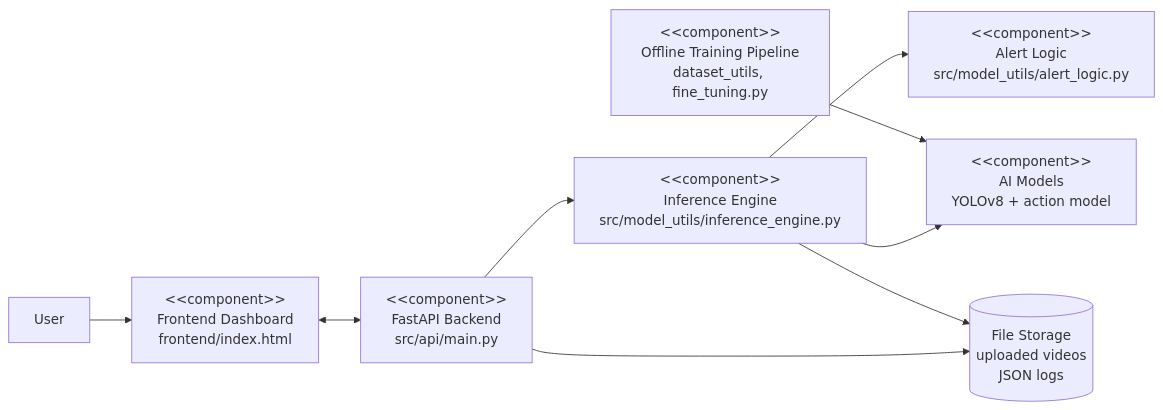
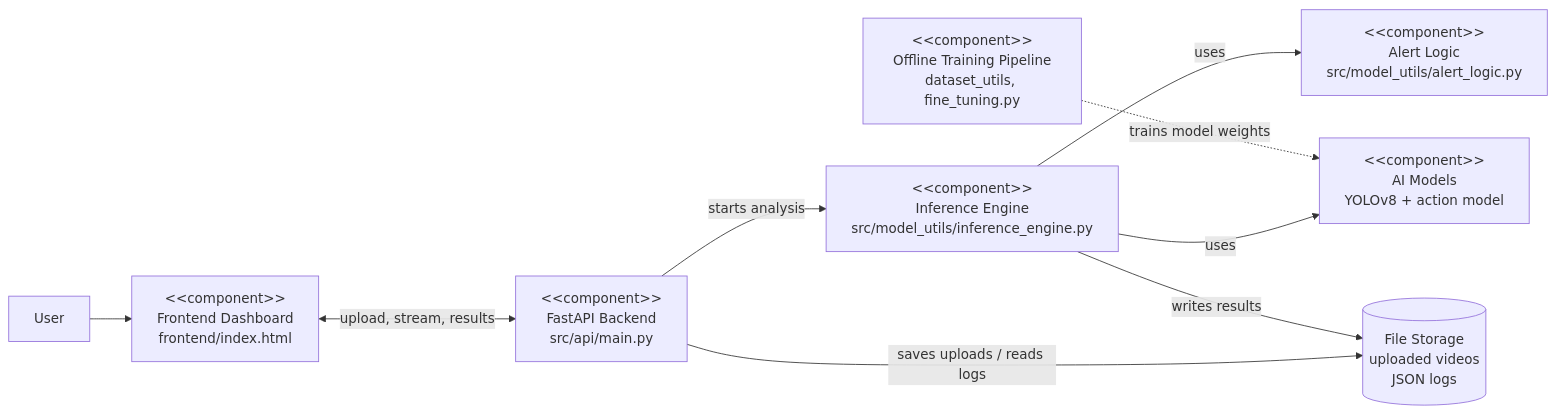
Before and after one commit to Magda1103/Problem-Workshop-in-Software-Engineering: the first of 5 diagrams in PROJECT_DOCUMENTATION.md, drawn with Mermaid.

Commit message:
Md change

````diff
--- a/PROJECT_DOCUMENTATION.md
+++ b/PROJECT_DOCUMENTATION.md
@@ -164,21 +164,24 @@
 ```mermaid
 flowchart LR
     User["User"]
 
     Frontend["&lt;&lt;component&gt;&gt;<br/>Frontend Dashboard<br/>frontend/index.html"]
     Backend["&lt;&lt;component&gt;&gt;<br/>FastAPI Backend<br/>src/api/main.py"]
     Engine["&lt;&lt;component&gt;&gt;<br/>Inference Engine<br/>src/model_utils/inference_engine.py"]
     Models["&lt;&lt;component&gt;&gt;<br/>AI Models<br/>YOLOv8 + action model"]
     AlertLogic["&lt;&lt;component&gt;&gt;<br/>Alert Logic<br/>src/model_utils/alert_logic.py"]
     Training["&lt;&lt;component&gt;&gt;<br/>Offline Training Pipeline<br/>dataset_utils, fine_tuning.py"]
     Storage[("File Storage<br/>uploaded videos<br/>JSON logs")]
 
     User --> Frontend
-    Frontend <--> Backend
-    Backend --> Engine
-    Backend --> Storage
-    Engine --> Models
-    Engine --> AlertLogic
-    Engine --> Storage
-    Training --> Models
+    Frontend <-->|upload, stream, results| Backend
+
+    Backend -->|starts analysis| Engine
+    Backend -->|saves uploads / reads logs| Storage
+
+    Engine -->|uses| Models
+    Engine -->|uses| AlertLogic
+    Engine -->|writes results| Storage
+
+    Training -.->|trains model weights| Models
 ```
````
